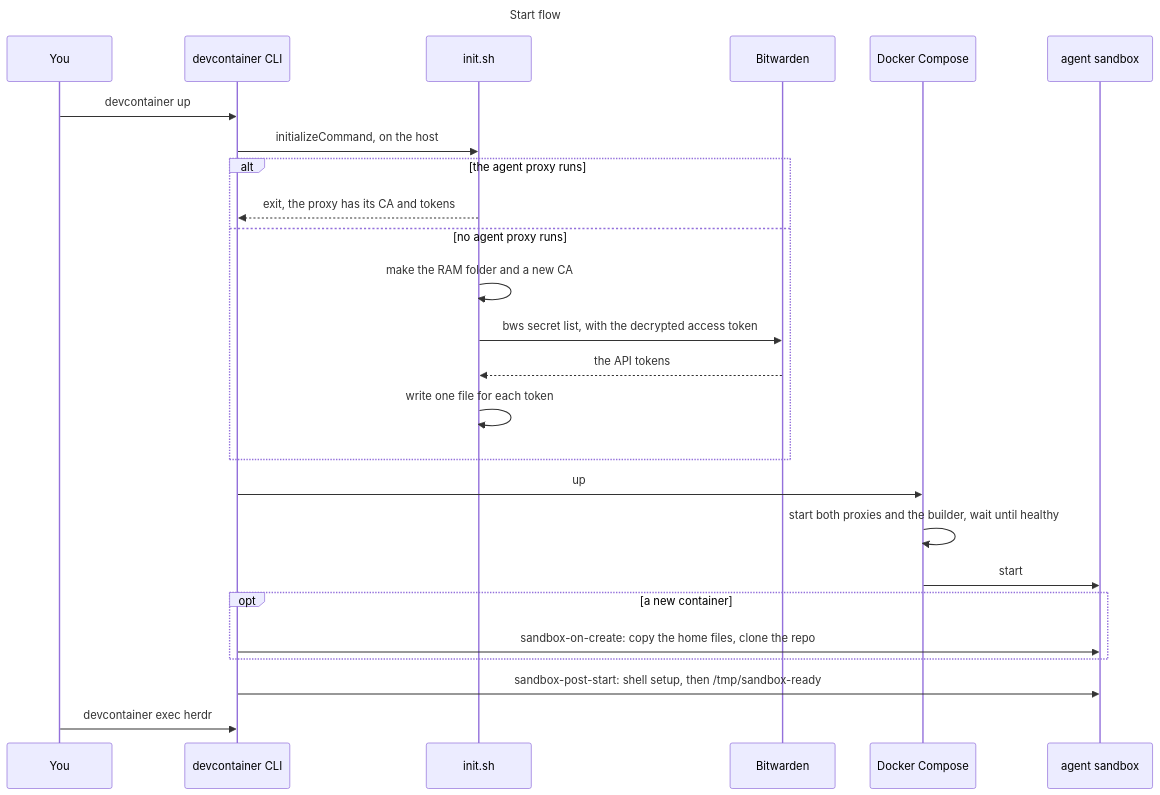
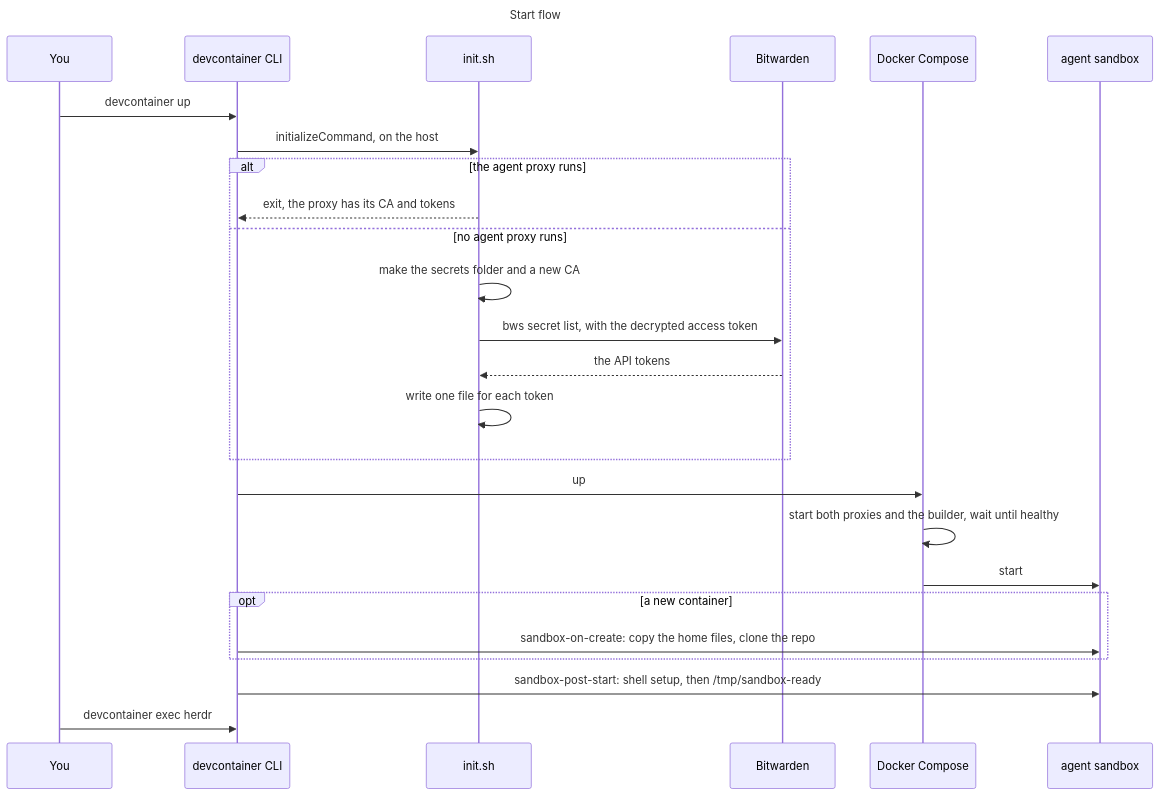
The first of 6 diagrams in .devcontainer/README.md (raghav19/engineersdaybook), drawn with Mermaid before and after one commit. The commit also changed other lines of this file and 7 other files, not shown here.

First line of the commit message:
docs: right-angle arrows, the tmpfs path and plain gVisor in the sandbox diagrams

````diff
--- a/.devcontainer/README.md
+++ b/.devcontainer/README.md
@@ -137,30 +137,30 @@
 ```mermaid
 ---
 title: Start flow
 ---
 sequenceDiagram
     participant You
     participant CLI as devcontainer CLI
     participant Init as init.sh
     participant BW as Bitwarden
     participant Compose as Docker Compose
     participant Agent as agent sandbox
     You->>CLI: devcontainer up
     CLI->>Init: initializeCommand, on the host
     alt the agent proxy runs
         Init-->>CLI: exit, the proxy has its CA and tokens
     else no agent proxy runs
-        Init->>Init: make the RAM folder and a new CA
+        Init->>Init: make the secrets folder and a new CA
         Init->>BW: bws secret list, with the decrypted access token
         BW-->>Init: the API tokens
         Init->>Init: write one file for each token
     end
     CLI->>Compose: up
     Compose->>Compose: start both proxies and the builder, wait until healthy
     Compose->>Agent: start
     opt a new container
         CLI->>Agent: sandbox-on-create: copy the home files, clone the repo
     end
     CLI->>Agent: sandbox-post-start: shell setup, then /tmp/sandbox-ready
     You->>CLI: devcontainer exec herdr
 ```
````
